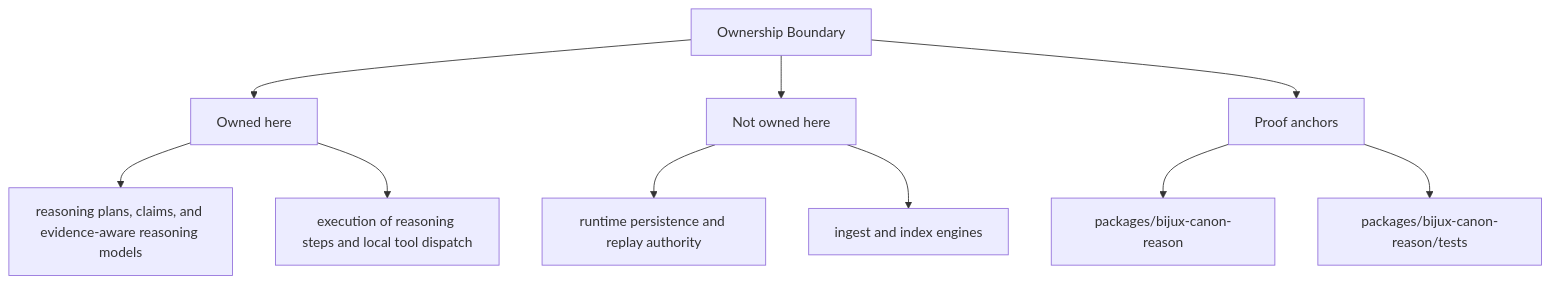
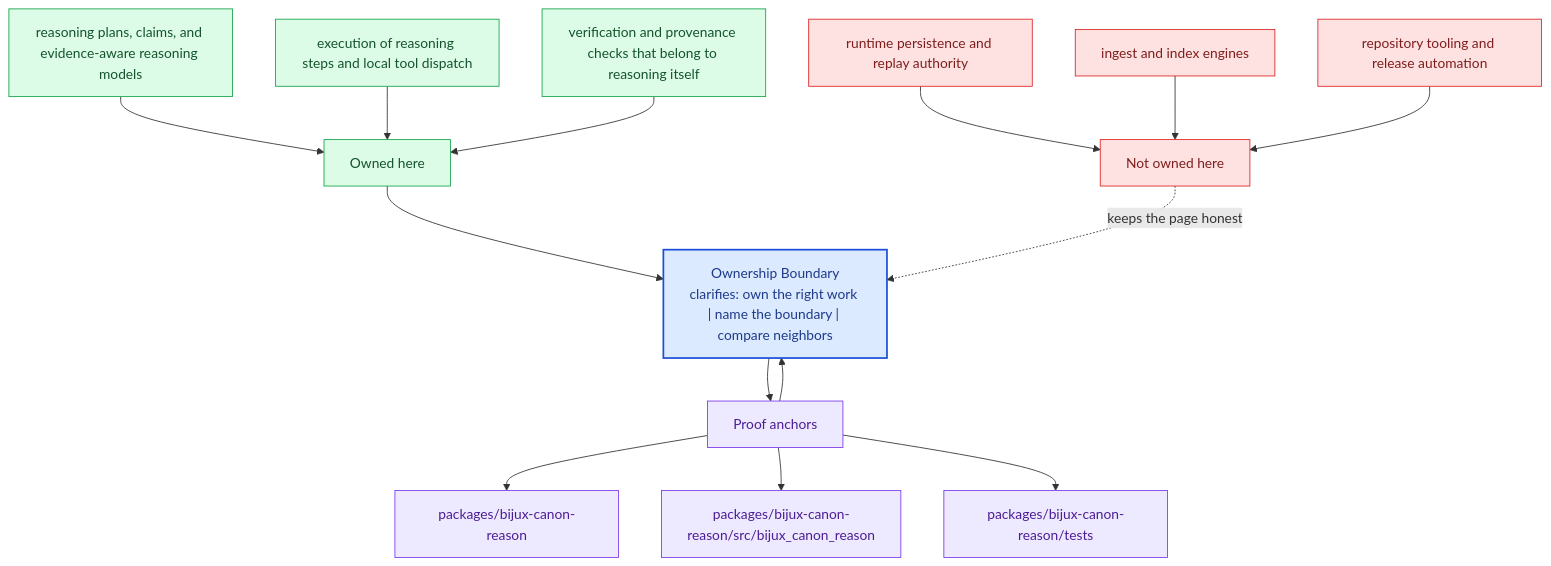
The second of 2 diagrams in docs/bijux-canon-reason/foundation/ownership-boundary.md (bijux/bijux-canon), drawn with Mermaid before and after one commit. The commit also changed other lines of this file and 281 other files, not shown here.

Commit message:
docs(diagrams): deepen handbook mermaid maps across the catalog

````diff
--- a/docs/bijux-canon-reason/foundation/ownership-boundary.md
+++ b/docs/bijux-canon-reason/foundation/ownership-boundary.md
@@ -35,22 +68,40 @@
 ```mermaid
-flowchart TD
-    page["Ownership Boundary"]
+flowchart TB
+    promise["Ownership Boundary<br/>clarifies: own the right work | name the boundary | compare neighbors"]
+    classDef promise fill:#dbeafe,stroke:#1d4ed8,color:#1e3a8a,stroke-width:2px;
+    classDef driver fill:#dcfce7,stroke:#16a34a,color:#14532d;
+    classDef constraint fill:#fee2e2,stroke:#dc2626,color:#7f1d1d;
+    classDef ground fill:#ede9fe,stroke:#7c3aed,color:#4c1d95;
     focus1["Owned here"]
-    page --> focus1
+    focus1 --> promise
     focus1_1["reasoning plans, claims, and evidence-aware reasoning models"]
-    focus1 --> focus1_1
+    focus1_1 --> focus1
     focus1_2["execution of reasoning steps and local tool dispatch"]
-    focus1 --> focus1_2
+    focus1_2 --> focus1
+    focus1_3["verification and provenance checks that belong to reasoning itself"]
+    focus1_3 --> focus1
+    class focus1 driver;
+    class focus1_1,focus1_2,focus1_3 driver;
     focus2["Not owned here"]
-    page --> focus2
+    focus2 -.keeps the page honest.-> promise
     focus2_1["runtime persistence and replay authority"]
-    focus2 --> focus2_1
+    focus2_1 --> focus2
     focus2_2["ingest and index engines"]
-    focus2 --> focus2_2
+    focus2_2 --> focus2
+    focus2_3["repository tooling and release automation"]
+    focus2_3 --> focus2
+    class focus2 constraint;
+    class focus2_1,focus2_2,focus2_3 constraint;
     focus3["Proof anchors"]
-    page --> focus3
+    focus3 --> promise
+    promise --> focus3
     focus3_1["packages/bijux-canon-reason"]
     focus3 --> focus3_1
-    focus3_2["packages/bijux-canon-reason/tests"]
+    focus3_2["packages/bijux-canon-reason/src/bijux_canon_reason"]
     focus3 --> focus3_2
+    focus3_3["packages/bijux-canon-reason/tests"]
+    focus3 --> focus3_3
+    class focus3 ground;
+    class focus3_1,focus3_2,focus3_3 ground;
+    class promise promise;
 ```
````
